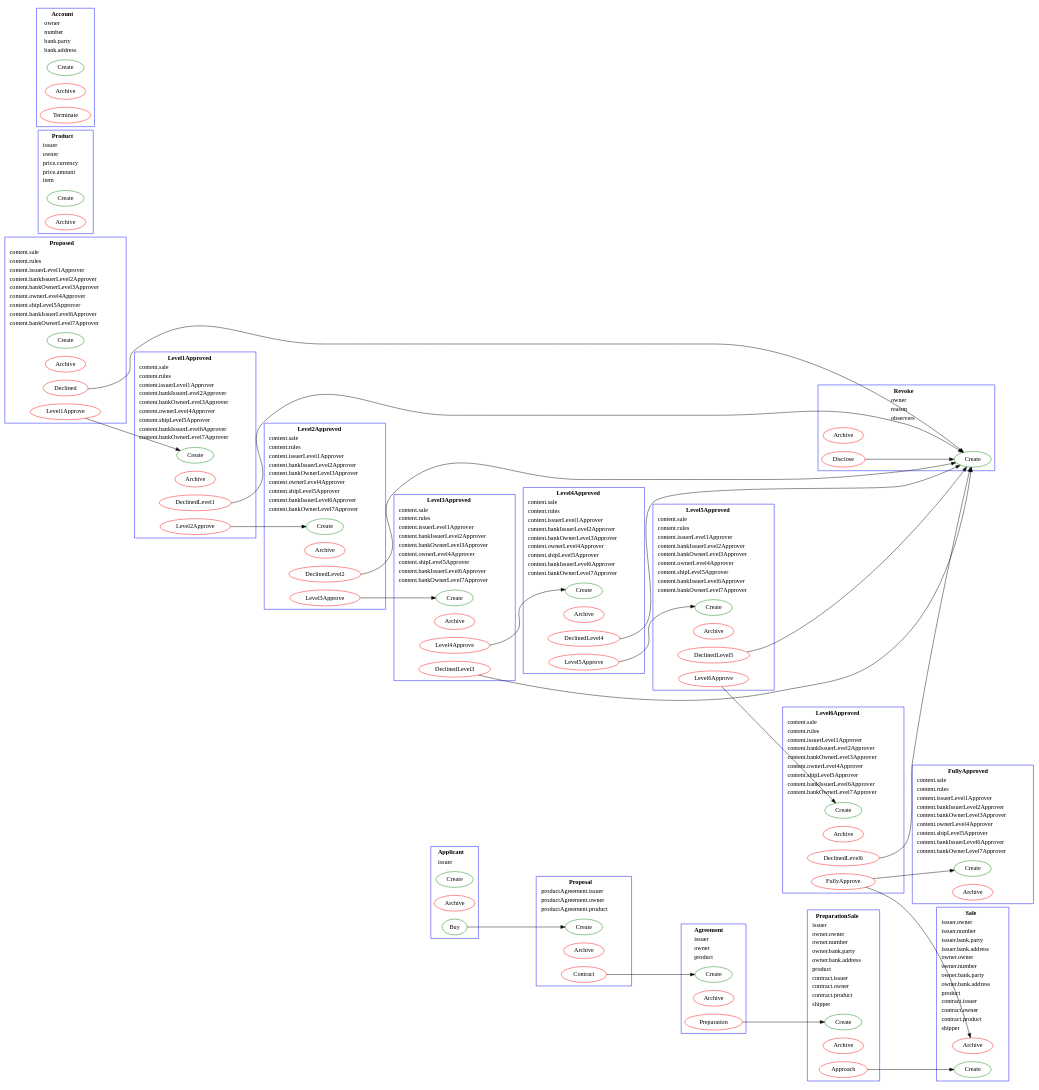
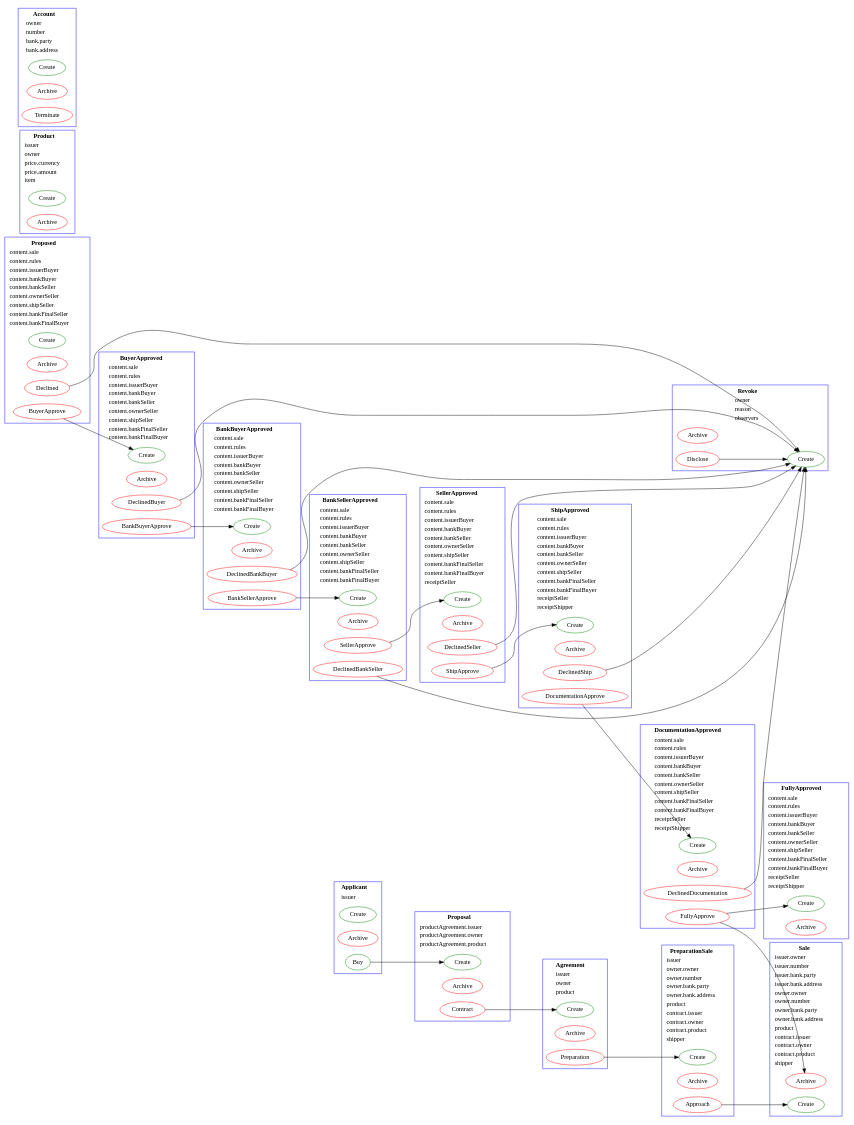
Before and after one commit to jmamarques/LOCs: the diagram in trade-finance/trade-finance.dot, drawn with Graphviz. The commit also changed 4 other files, not shown here.

```diff
--- a/trade-finance/trade-finance.dot
+++ b/trade-finance/trade-finance.dot
@@ -60,140 +60,147 @@
 <tr><td align="left">contract.product</td></tr> 
 <tr><td align="left">shipper</td></tr> 
 </table>>;color=blue
-}subgraph cluster_FullyApproved{
+}subgraph cluster_BankBuyerApproved{
 n14[label=Create][color=green]; 
 n15[label=Archive][color=red]; 
+n16[label=BankSellerApprove][color=red]; 
+n17[label=DeclinedBankBuyer][color=red]; 
+label=<<table align = "left" border="0" cellborder="0" cellspacing="1">
+<tr><td align="center"><b>BankBuyerApproved</b></td></tr><tr><td align="left">content.sale</td></tr> 
+<tr><td align="left">content.rules</td></tr> 
+<tr><td align="left">content.issuerBuyer</td></tr> 
+<tr><td align="left">content.bankBuyer</td></tr> 
+<tr><td align="left">content.bankSeller</td></tr> 
+<tr><td align="left">content.ownerSeller</td></tr> 
+<tr><td align="left">content.shipSeller</td></tr> 
+<tr><td align="left">content.bankFinalSeller</td></tr> 
+<tr><td align="left">content.bankFinalBuyer</td></tr> 
+</table>>;color=blue
+}subgraph cluster_BankSellerApproved{
+n18[label=Create][color=green]; 
+n19[label=Archive][color=red]; 
+n20[label=SellerApprove][color=red]; 
+n21[label=DeclinedBankSeller][color=red]; 
+label=<<table align = "left" border="0" cellborder="0" cellspacing="1">
+<tr><td align="center"><b>BankSellerApproved</b></td></tr><tr><td align="left">content.sale</td></tr> 
+<tr><td align="left">content.rules</td></tr> 
+<tr><td align="left">content.issuerBuyer</td></tr> 
+<tr><td align="left">content.bankBuyer</td></tr> 
+<tr><td align="left">content.bankSeller</td></tr> 
+<tr><td align="left">content.ownerSeller</td></tr> 
+<tr><td align="left">content.shipSeller</td></tr> 
+<tr><td align="left">content.bankFinalSeller</td></tr> 
+<tr><td align="left">content.bankFinalBuyer</td></tr> 
+</table>>;color=blue
+}subgraph cluster_BuyerApproved{
+n22[label=Create][color=green]; 
+n23[label=Archive][color=red]; 
+n24[label=BankBuyerApprove][color=red]; 
+n25[label=DeclinedBuyer][color=red]; 
+label=<<table align = "left" border="0" cellborder="0" cellspacing="1">
+<tr><td align="center"><b>BuyerApproved</b></td></tr><tr><td align="left">content.sale</td></tr> 
+<tr><td align="left">content.rules</td></tr> 
+<tr><td align="left">content.issuerBuyer</td></tr> 
+<tr><td align="left">content.bankBuyer</td></tr> 
+<tr><td align="left">content.bankSeller</td></tr> 
+<tr><td align="left">content.ownerSeller</td></tr> 
+<tr><td align="left">content.shipSeller</td></tr> 
+<tr><td align="left">content.bankFinalSeller</td></tr> 
+<tr><td align="left">content.bankFinalBuyer</td></tr> 
+</table>>;color=blue
+}subgraph cluster_DocumentationApproved{
+n26[label=Create][color=green]; 
+n27[label=Archive][color=red]; 
+n28[label=FullyApprove][color=red]; 
+n29[label=DeclinedDocumentation][color=red]; 
+label=<<table align = "left" border="0" cellborder="0" cellspacing="1">
+<tr><td align="center"><b>DocumentationApproved</b></td></tr><tr><td align="left">content.sale</td></tr> 
+<tr><td align="left">content.rules</td></tr> 
+<tr><td align="left">content.issuerBuyer</td></tr> 
+<tr><td align="left">content.bankBuyer</td></tr> 
+<tr><td align="left">content.bankSeller</td></tr> 
+<tr><td align="left">content.ownerSeller</td></tr> 
+<tr><td align="left">content.shipSeller</td></tr> 
+<tr><td align="left">content.bankFinalSeller</td></tr> 
+<tr><td align="left">content.bankFinalBuyer</td></tr> 
+<tr><td align="left">receiptSeller</td></tr> 
+<tr><td align="left">receiptShipper</td></tr> 
+</table>>;color=blue
+}subgraph cluster_FullyApproved{
+n30[label=Create][color=green]; 
+n31[label=Archive][color=red]; 
 label=<<table align = "left" border="0" cellborder="0" cellspacing="1">
 <tr><td align="center"><b>FullyApproved</b></td></tr><tr><td align="left">content.sale</td></tr> 
 <tr><td align="left">content.rules</td></tr> 
-<tr><td align="left">content.issuerLevel1Approver</td></tr> 
-<tr><td align="left">content.bankIssuerLevel2Approver</td></tr> 
-<tr><td align="left">content.bankOwnerLevel3Approver</td></tr> 
-<tr><td align="left">content.ownerLevel4Approver</td></tr> 
-<tr><td align="left">content.shipLevel5Approver</td></tr> 
-<tr><td align="left">content.bankIssuerLevel6Approver</td></tr> 
-<tr><td align="left">content.bankOwnerLevel7Approver</td></tr> 
+<tr><td align="left">content.issuerBuyer</td></tr> 
+<tr><td align="left">content.bankBuyer</td></tr> 
+<tr><td align="left">content.bankSeller</td></tr> 
+<tr><td align="left">content.ownerSeller</td></tr> 
+<tr><td align="left">content.shipSeller</td></tr> 
+<tr><td align="left">content.bankFinalSeller</td></tr> 
+<tr><td align="left">content.bankFinalBuyer</td></tr> 
+<tr><td align="left">receiptSeller</td></tr> 
+<tr><td align="left">receiptShipper</td></tr> 
 </table>>;color=blue
-}subgraph cluster_Level1Approved{
-n16[label=Create][color=green]; 
-n17[label=Archive][color=red]; 
-n18[label=Level2Approve][color=red]; 
-n19[label=DeclinedLevel1][color=red]; 
-label=<<table align = "left" border="0" cellborder="0" cellspacing="1">
-<tr><td align="center"><b>Level1Approved</b></td></tr><tr><td align="left">content.sale</td></tr> 
-<tr><td align="left">content.rules</td></tr> 
-<tr><td align="left">content.issuerLevel1Approver</td></tr> 
-<tr><td align="left">content.bankIssuerLevel2Approver</td></tr> 
-<tr><td align="left">content.bankOwnerLevel3Approver</td></tr> 
-<tr><td align="left">content.ownerLevel4Approver</td></tr> 
-<tr><td align="left">content.shipLevel5Approver</td></tr> 
-<tr><td align="left">content.bankIssuerLevel6Approver</td></tr> 
-<tr><td align="left">content.bankOwnerLevel7Approver</td></tr> 
-</table>>;color=blue
-}subgraph cluster_Level2Approved{
-n20[label=Create][color=green]; 
-n21[label=Archive][color=red]; 
-n22[label=Level3Approve][color=red]; 
-n23[label=DeclinedLevel2][color=red]; 
-label=<<table align = "left" border="0" cellborder="0" cellspacing="1">
-<tr><td align="center"><b>Level2Approved</b></td></tr><tr><td align="left">content.sale</td></tr> 
-<tr><td align="left">content.rules</td></tr> 
-<tr><td align="left">content.issuerLevel1Approver</td></tr> 
-<tr><td align="left">content.bankIssuerLevel2Approver</td></tr> 
-<tr><td align="left">content.bankOwnerLevel3Approver</td></tr> 
-<tr><td align="left">content.ownerLevel4Approver</td></tr> 
-<tr><td align="left">content.shipLevel5Approver</td></tr> 
-<tr><td align="left">content.bankIssuerLevel6Approver</td></tr> 
-<tr><td align="left">content.bankOwnerLevel7Approver</td></tr> 
-</table>>;color=blue
-}subgraph cluster_Level3Approved{
-n24[label=Create][color=green]; 
-n25[label=Archive][color=red]; 
-n26[label=Level4Approve][color=red]; 
-n27[label=DeclinedLevel3][color=red]; 
-label=<<table align = "left" border="0" cellborder="0" cellspacing="1">
-<tr><td align="center"><b>Level3Approved</b></td></tr><tr><td align="left">content.sale</td></tr> 
-<tr><td align="left">content.rules</td></tr> 
-<tr><td align="left">content.issuerLevel1Approver</td></tr> 
-<tr><td align="left">content.bankIssuerLevel2Approver</td></tr> 
-<tr><td align="left">content.bankOwnerLevel3Approver</td></tr> 
-<tr><td align="left">content.ownerLevel4Approver</td></tr> 
-<tr><td align="left">content.shipLevel5Approver</td></tr> 
-<tr><td align="left">content.bankIssuerLevel6Approver</td></tr> 
-<tr><td align="left">content.bankOwnerLevel7Approver</td></tr> 
-</table>>;color=blue
-}subgraph cluster_Level4Approved{
-n28[label=Create][color=green]; 
-n29[label=Archive][color=red]; 
-n30[label=Level5Approve][color=red]; 
-n31[label=DeclinedLevel4][color=red]; 
-label=<<table align = "left" border="0" cellborder="0" cellspacing="1">
-<tr><td align="center"><b>Level4Approved</b></td></tr><tr><td align="left">content.sale</td></tr> 
-<tr><td align="left">content.rules</td></tr> 
-<tr><td align="left">content.issuerLevel1Approver</td></tr> 
-<tr><td align="left">content.bankIssuerLevel2Approver</td></tr> 
-<tr><td align="left">content.bankOwnerLevel3Approver</td></tr> 
-<tr><td align="left">content.ownerLevel4Approver</td></tr> 
-<tr><td align="left">content.shipLevel5Approver</td></tr> 
-<tr><td align="left">content.bankIssuerLevel6Approver</td></tr> 
-<tr><td align="left">content.bankOwnerLevel7Approver</td></tr> 
-</table>>;color=blue
-}subgraph cluster_Level5Approved{
+}subgraph cluster_Proposed{
 n32[label=Create][color=green]; 
 n33[label=Archive][color=red]; 
-n34[label=Level6Approve][color=red]; 
-n35[label=DeclinedLevel5][color=red]; 
-label=<<table align = "left" border="0" cellborder="0" cellspacing="1">
-<tr><td align="center"><b>Level5Approved</b></td></tr><tr><td align="left">content.sale</td></tr> 
-<tr><td align="left">content.rules</td></tr> 
-<tr><td align="left">content.issuerLevel1Approver</td></tr> 
-<tr><td align="left">content.bankIssuerLevel2Approver</td></tr> 
-<tr><td align="left">content.bankOwnerLevel3Approver</td></tr> 
-<tr><td align="left">content.ownerLevel4Approver</td></tr> 
-<tr><td align="left">content.shipLevel5Approver</td></tr> 
-<tr><td align="left">content.bankIssuerLevel6Approver</td></tr> 
-<tr><td align="left">content.bankOwnerLevel7Approver</td></tr> 
-</table>>;color=blue
-}subgraph cluster_Level6Approved{
-n36[label=Create][color=green]; 
-n37[label=Archive][color=red]; 
-n38[label=FullyApprove][color=red]; 
-n39[label=DeclinedLevel6][color=red]; 
-label=<<table align = "left" border="0" cellborder="0" cellspacing="1">
-<tr><td align="center"><b>Level6Approved</b></td></tr><tr><td align="left">content.sale</td></tr> 
-<tr><td align="left">content.rules</td></tr> 
-<tr><td align="left">content.issuerLevel1Approver</td></tr> 
-<tr><td align="left">content.bankIssuerLevel2Approver</td></tr> 
-<tr><td align="left">content.bankOwnerLevel3Approver</td></tr> 
-<tr><td align="left">content.ownerLevel4Approver</td></tr> 
-<tr><td align="left">content.shipLevel5Approver</td></tr> 
-<tr><td align="left">content.bankIssuerLevel6Approver</td></tr> 
-<tr><td align="left">content.bankOwnerLevel7Approver</td></tr> 
-</table>>;color=blue
-}subgraph cluster_Proposed{
-n40[label=Create][color=green]; 
-n41[label=Archive][color=red]; 
-n42[label=Level1Approve][color=red]; 
-n43[label=Declined][color=red]; 
+n34[label=BuyerApprove][color=red]; 
+n35[label=Declined][color=red]; 
 label=<<table align = "left" border="0" cellborder="0" cellspacing="1">
 <tr><td align="center"><b>Proposed</b></td></tr><tr><td align="left">content.sale</td></tr> 
 <tr><td align="left">content.rules</td></tr> 
-<tr><td align="left">content.issuerLevel1Approver</td></tr> 
-<tr><td align="left">content.bankIssuerLevel2Approver</td></tr> 
-<tr><td align="left">content.bankOwnerLevel3Approver</td></tr> 
-<tr><td align="left">content.ownerLevel4Approver</td></tr> 
-<tr><td align="left">content.shipLevel5Approver</td></tr> 
-<tr><td align="left">content.bankIssuerLevel6Approver</td></tr> 
-<tr><td align="left">content.bankOwnerLevel7Approver</td></tr> 
+<tr><td align="left">content.issuerBuyer</td></tr> 
+<tr><td align="left">content.bankBuyer</td></tr> 
+<tr><td align="left">content.bankSeller</td></tr> 
+<tr><td align="left">content.ownerSeller</td></tr> 
+<tr><td align="left">content.shipSeller</td></tr> 
+<tr><td align="left">content.bankFinalSeller</td></tr> 
+<tr><td align="left">content.bankFinalBuyer</td></tr> 
 </table>>;color=blue
 }subgraph cluster_Revoke{
-n44[label=Create][color=green]; 
-n45[label=Archive][color=red]; 
-n46[label=Disclose][color=red]; 
+n36[label=Create][color=green]; 
+n37[label=Archive][color=red]; 
+n38[label=Disclose][color=red]; 
 label=<<table align = "left" border="0" cellborder="0" cellspacing="1">
 <tr><td align="center"><b>Revoke</b></td></tr><tr><td align="left">owner</td></tr> 
 <tr><td align="left">reason</td></tr> 
 <tr><td align="left">observers</td></tr> 
+</table>>;color=blue
+}subgraph cluster_SellerApproved{
+n39[label=Create][color=green]; 
+n40[label=Archive][color=red]; 
+n41[label=ShipApprove][color=red]; 
+n42[label=DeclinedSeller][color=red]; 
+label=<<table align = "left" border="0" cellborder="0" cellspacing="1">
+<tr><td align="center"><b>SellerApproved</b></td></tr><tr><td align="left">content.sale</td></tr> 
+<tr><td align="left">content.rules</td></tr> 
+<tr><td align="left">content.issuerBuyer</td></tr> 
+<tr><td align="left">content.bankBuyer</td></tr> 
+<tr><td align="left">content.bankSeller</td></tr> 
+<tr><td align="left">content.ownerSeller</td></tr> 
+<tr><td align="left">content.shipSeller</td></tr> 
+<tr><td align="left">content.bankFinalSeller</td></tr> 
+<tr><td align="left">content.bankFinalBuyer</td></tr> 
+<tr><td align="left">receiptSeller</td></tr> 
+</table>>;color=blue
+}subgraph cluster_ShipApproved{
+n43[label=Create][color=green]; 
+n44[label=Archive][color=red]; 
+n45[label=DocumentationApprove][color=red]; 
+n46[label=DeclinedShip][color=red]; 
+label=<<table align = "left" border="0" cellborder="0" cellspacing="1">
+<tr><td align="center"><b>ShipApproved</b></td></tr><tr><td align="left">content.sale</td></tr> 
+<tr><td align="left">content.rules</td></tr> 
+<tr><td align="left">content.issuerBuyer</td></tr> 
+<tr><td align="left">content.bankBuyer</td></tr> 
+<tr><td align="left">content.bankSeller</td></tr> 
+<tr><td align="left">content.ownerSeller</td></tr> 
+<tr><td align="left">content.shipSeller</td></tr> 
+<tr><td align="left">content.bankFinalSeller</td></tr> 
+<tr><td align="left">content.bankFinalBuyer</td></tr> 
+<tr><td align="left">receiptSeller</td></tr> 
+<tr><td align="left">receiptShipper</td></tr> 
 </table>>;color=blue
 }subgraph cluster_Product{
 n47[label=Create][color=green]; 
@@ -219,21 +226,21 @@
 n5->n9
 n8->n12
 n11->n0
-n18->n20
-n19->n44
-n22->n24
-n23->n44
-n26->n28
-n27->n44
-n30->n32
-n31->n44
-n34->n36
-n35->n44
-n38->n14
-n38->n13
-n39->n44
-n42->n16
-n43->n44
-n46->n44
+n16->n18
+n17->n36
+n20->n39
+n21->n36
+n24->n14
+n25->n36
+n28->n30
+n28->n13
+n29->n36
+n34->n22
+n35->n36
+n38->n36
+n41->n43
+n42->n36
+n45->n26
+n46->n36
 
 }
```
